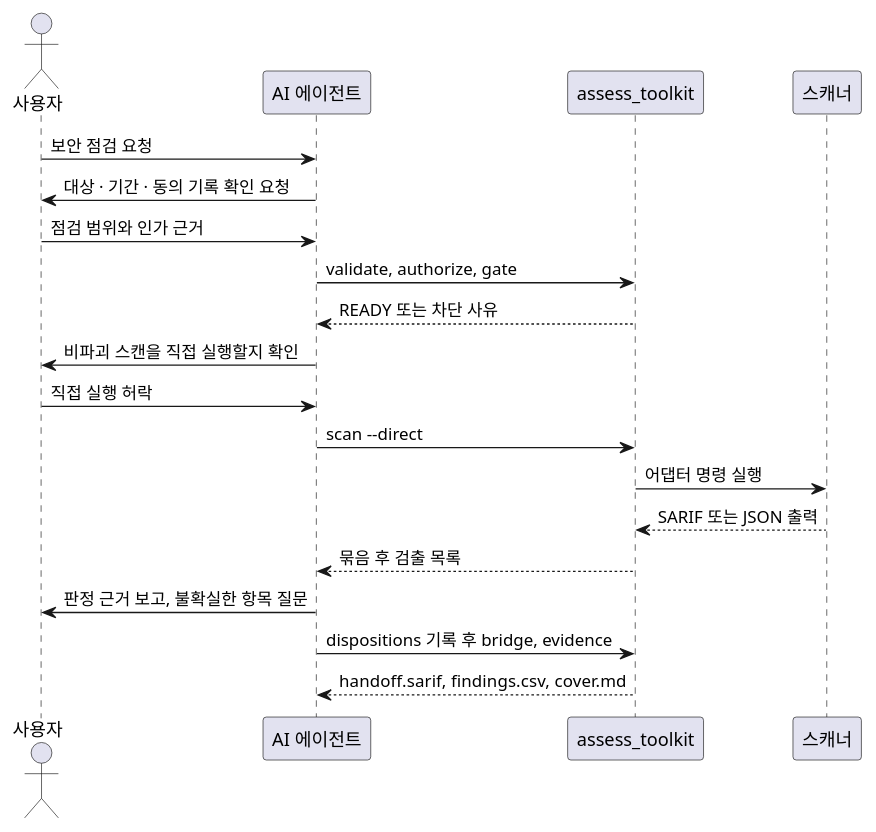
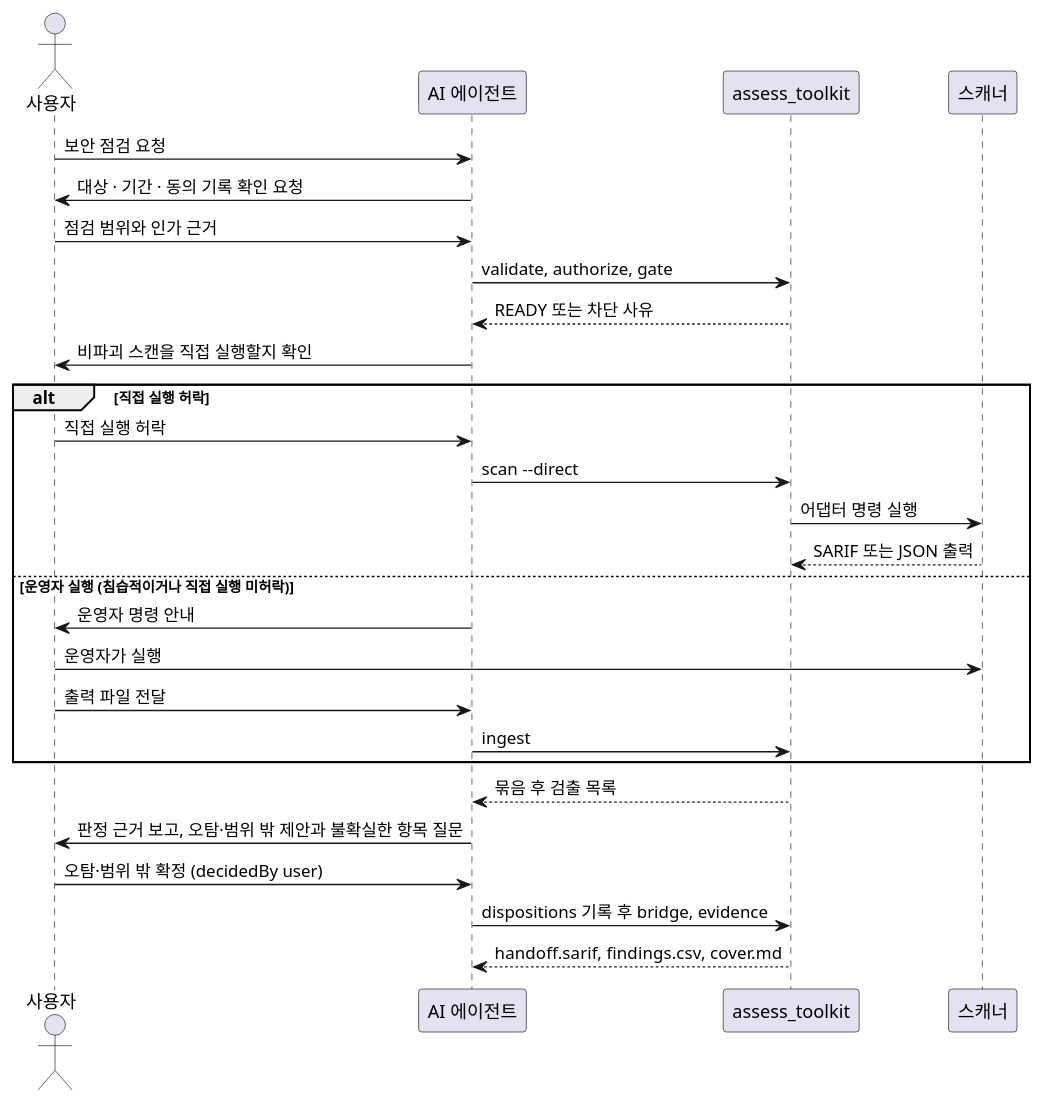
One commit to seo0tak/agent-skills changed the diagram in plugins/security-assessment/skills/security-assessment/toolkit/docs/diagrams/sequence.puml. Above: the diagram before and after it, drawn with PlantUML. The commit also changed 32 other files, not shown here.

```diff
--- a/plugins/security-assessment/skills/security-assessment/toolkit/docs/diagrams/sequence.puml
+++ b/plugins/security-assessment/skills/security-assessment/toolkit/docs/diagrams/sequence.puml
@@ -2,23 +2,31 @@
 @startuml
 skinparam shadowing false
 skinparam backgroundColor #FFFFFF
 skinparam defaultFontName "Apple SD Gothic Neo"
 actor "사용자" as U
 participant "AI 에이전트" as A
 participant "assess_toolkit" as T
 participant "스캐너" as S
 U -> A: 보안 점검 요청
 A -> U: 대상 · 기간 · 동의 기록 확인 요청
 U -> A: 점검 범위와 인가 근거
 A -> T: validate, authorize, gate
 T --> A: READY 또는 차단 사유
 A -> U: 비파괴 스캔을 직접 실행할지 확인
-U -> A: 직접 실행 허락
-A -> T: scan --direct
-T -> S: 어댑터 명령 실행
-S --> T: SARIF 또는 JSON 출력
+alt 직접 실행 허락
+  U -> A: 직접 실행 허락
+  A -> T: scan --direct
+  T -> S: 어댑터 명령 실행
+  S --> T: SARIF 또는 JSON 출력
+else 운영자 실행 (침습적이거나 직접 실행 미허락)
+  A -> U: 운영자 명령 안내
+  U -> S: 운영자가 실행
+  U -> A: 출력 파일 전달
+  A -> T: ingest
+end
 T --> A: 묶음 후 검출 목록
-A -> U: 판정 근거 보고, 불확실한 항목 질문
+A -> U: 판정 근거 보고, 오탐·범위 밖 제안과 불확실한 항목 질문
+U -> A: 오탐·범위 밖 확정 (decidedBy user)
 A -> T: dispositions 기록 후 bridge, evidence
 T --> A: handoff.sarif, findings.csv, cover.md
 @enduml
```
